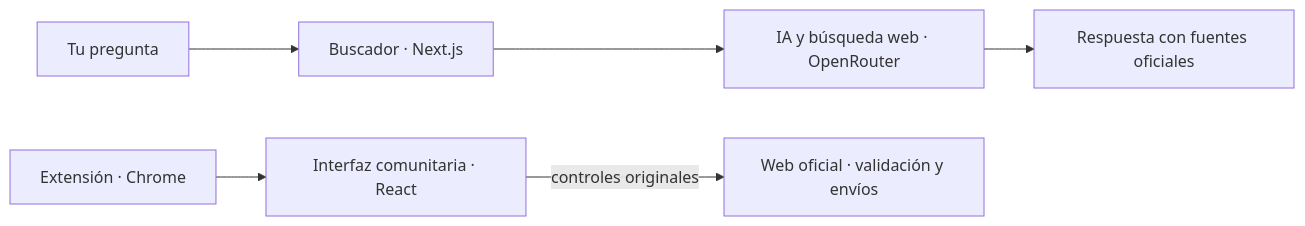
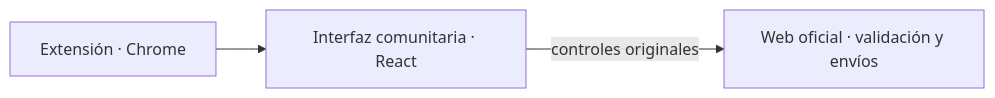
The diagram in README.md (SantiagoJimenezQ/reforma-digital), drawn with Mermaid before and after one commit. The commit also changed other lines of this file and 64 other files, not shown here.

````diff
--- a/README.md
+++ b/README.md
@@ -94,8 +92,5 @@
 ```mermaid
 flowchart LR
-  Persona["Tu pregunta"] --> Buscador["Buscador · Next.js"]
-  Buscador --> OpenRouter["IA y búsqueda web · OpenRouter"]
-  OpenRouter --> Respuesta["Respuesta con fuentes oficiales"]
   Extension["Extensión · Chrome"] --> Interfaz["Interfaz comunitaria · React"]
   Interfaz -->|controles originales| Portal["Web oficial · validación y envíos"]
 ```
````
